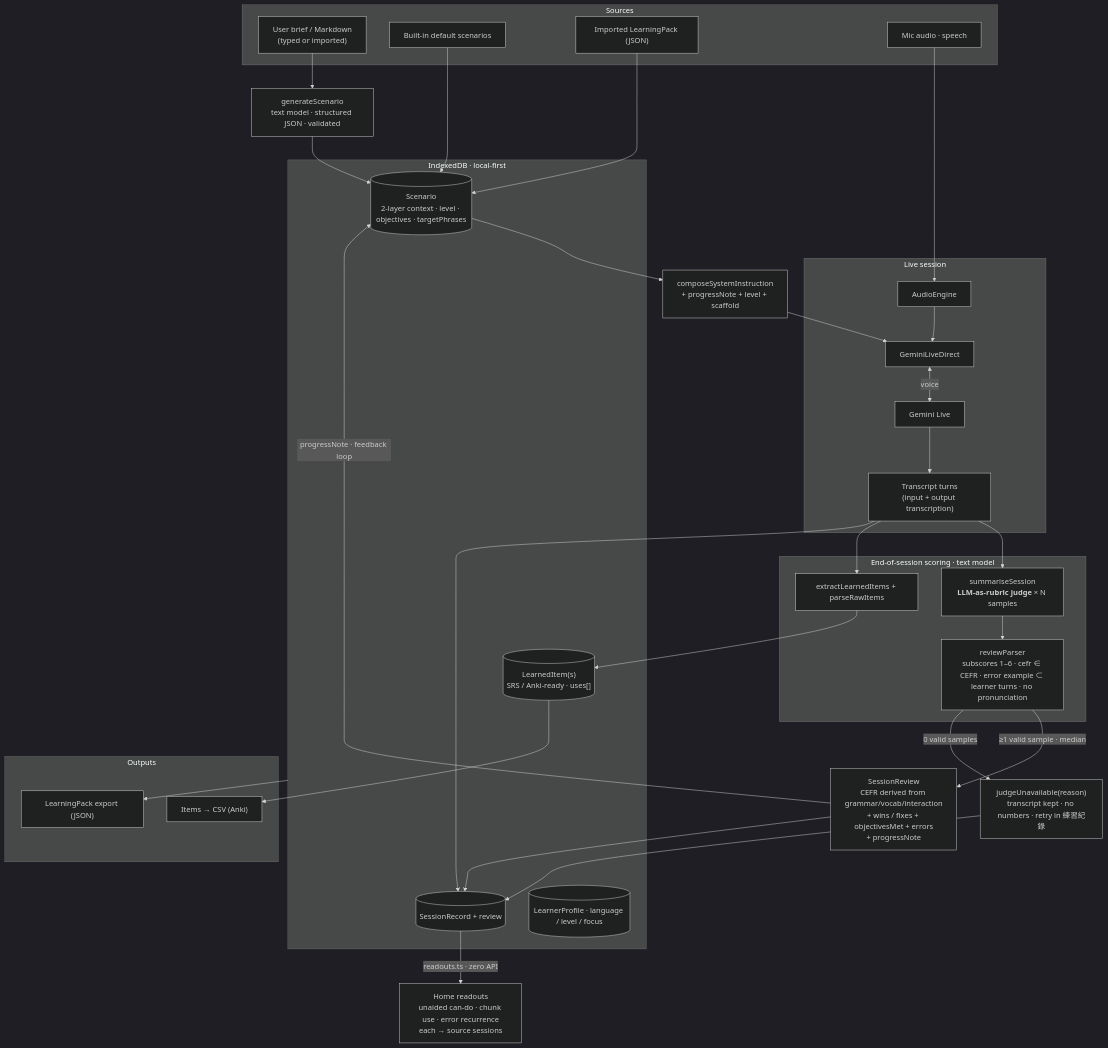
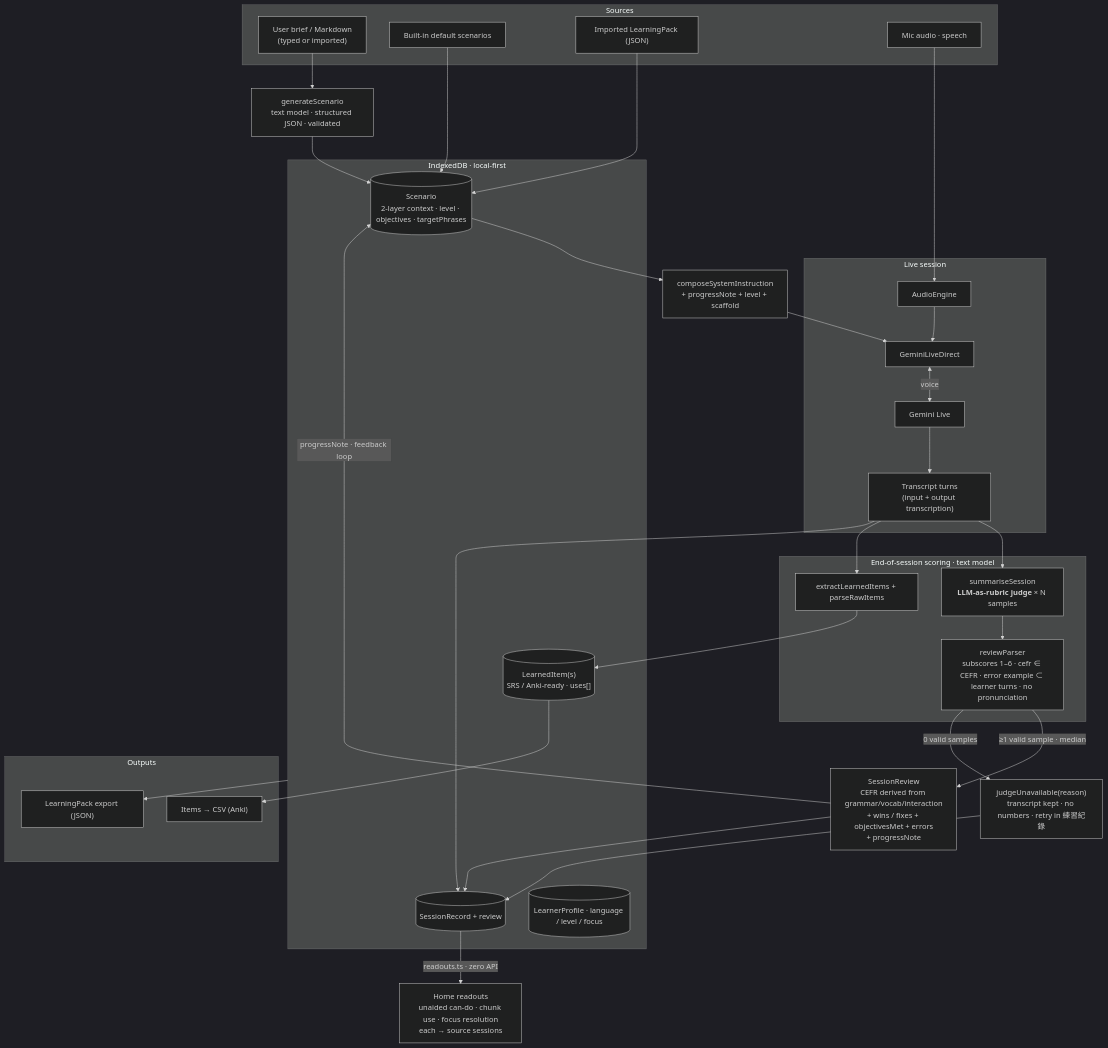
Before and after one commit to ZeroAlcoholic/eng-coach: the third of 3 diagrams in ARCHITECTURE.md, drawn with Mermaid (dark theme). The commit also changed other lines of this file and 4 other files, not shown here.

Commit message:
docs: Phase D/E/F blueprint and GOALs; ARCHITECTURE, README and ROADMAP describe annotations, the three readouts and the synthetic learner

````diff
--- a/ARCHITECTURE.md
+++ b/ARCHITECTURE.md
@@ -121,52 +122,52 @@
 ```mermaid
 flowchart TB
   subgraph Sources["Sources"]
     Brief["User brief / Markdown<br/>(typed or imported)"]
     Defaults["Built-in default scenarios"]
     PackIn["Imported LearningPack (JSON)"]
     Mic["Mic audio · speech"]
   end
 
   Gen["generateScenario<br/>text model · structured JSON · validated"]
   Scen[("Scenario<br/>2-layer context · level · objectives · targetPhrases")]
   Brief --> Gen --> Scen
   Defaults --> Scen
   PackIn --> Scen
 
   subgraph LiveSession["Live session"]
     Mic --> AE["AudioEngine"] --> GLD["GeminiLiveDirect"]
     GLD <-->|"voice"| GLive["Gemini Live"]
     GLive --> TR["Transcript turns<br/>(input + output transcription)"]
   end
   Scen --> Prompt["composeSystemInstruction<br/>+ progressNote + level + scaffold"] --> GLD
 
   subgraph Scoring["End-of-session scoring · text model"]
     Judge["summariseSession<br/><b>LLM-as-rubric judge</b> × N samples"]
     Val["reviewParser<br/>subscores 1–6 · cefr ∈ CEFR · error example ⊂ learner turns · no pronunciation"]
     Extract["extractLearnedItems + parseRawItems"]
   end
   TR --> Judge --> Val
   TR --> Extract
   Val -->|"≥1 valid sample · median"| Review["SessionReview<br/>CEFR derived from grammar/vocab/interaction<br/>+ wins / fixes + objectivesMet + errors<br/>+ progressNote"]
   Val -->|"0 valid samples"| Unavail["judgeUnavailable(reason)<br/>transcript kept · no numbers · retry in 練習紀錄"]
   Extract --> Items[("LearnedItem(s)<br/>SRS / Anki-ready · uses[]")]
 
   subgraph Store["IndexedDB · local-first"]
     Sess[("SessionRecord + review")]
     Items
     Scen
     Prof[("LearnerProfile · language / level / focus")]
   end
   TR --> Sess
   Review --> Sess
   Unavail --> Sess
   Review -->|"progressNote · feedback loop"| Scen
-  Sess -->|"readouts.ts · zero API"| Read["Home readouts<br/>unaided can-do · chunk use · error recurrence<br/>each → source sessions"]
+  Sess -->|"readouts.ts · zero API"| Read["Home readouts<br/>unaided can-do · chunk use · focus resolution<br/>each → source sessions"]
 
   subgraph Out["Outputs"]
     CSV["Items → CSV (Anki)"]
     PackOut["LearningPack export (JSON)"]
   end
   Items --> CSV
   Store --> PackOut
 ```
````
